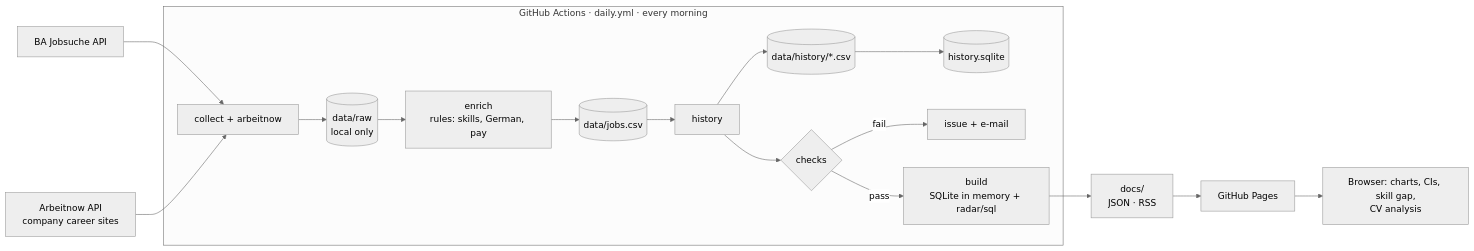
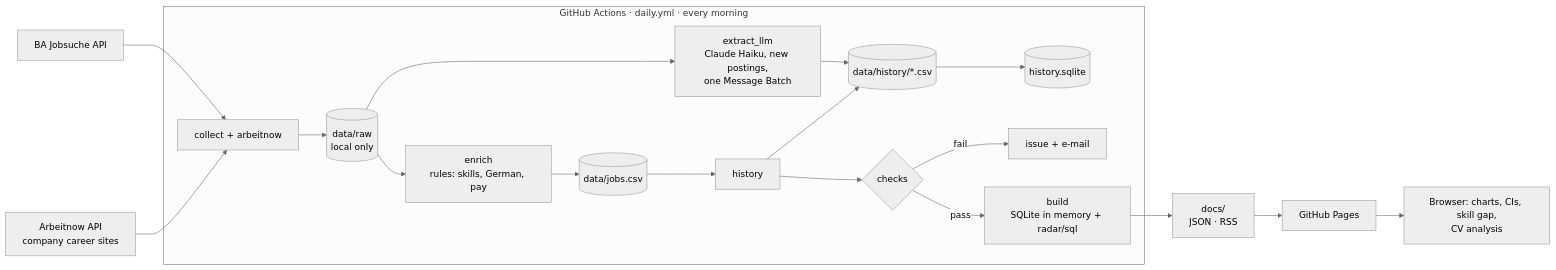
One commit to morty1338/werkstudent-radar changed the diagram in README.md. Above: the diagram before and after it, drawn with Mermaid (neutral theme). The commit also changed other lines of this file and 12 other files, not shown here.

````diff
--- a/README.md
+++ b/README.md
@@ -87,19 +88,21 @@
 ```mermaid
 flowchart LR
   BA["BA Jobsuche API"] --> C
   AN["Arbeitnow API<br/>company career sites"] --> C
   subgraph daily["GitHub Actions · daily.yml · every morning"]
     C["collect + arbeitnow"] --> R[("data/raw<br/>local only")]
     R --> E["enrich<br/>rules: skills, German, pay"]
     E --> J[("data/jobs.csv")]
+    R --> L["extract_llm<br/>Claude Haiku, new postings,<br/>one Message Batch"]
+    L --> HC
     J --> H["history"]
     H --> HC[("data/history/*.csv")]
     HC --> SQ[("history.sqlite")]
     H --> Q{"checks"}
     Q -- "fail" --> I["issue + e-mail"]
     Q -- "pass" --> B["build<br/>SQLite in memory + radar/sql"]
   end
   B --> D["docs/<br/>JSON · RSS"]
   D --> P["GitHub Pages"]
   P --> U["Browser: charts, CIs, skill gap,<br/>CV analysis"]
 ```
````
